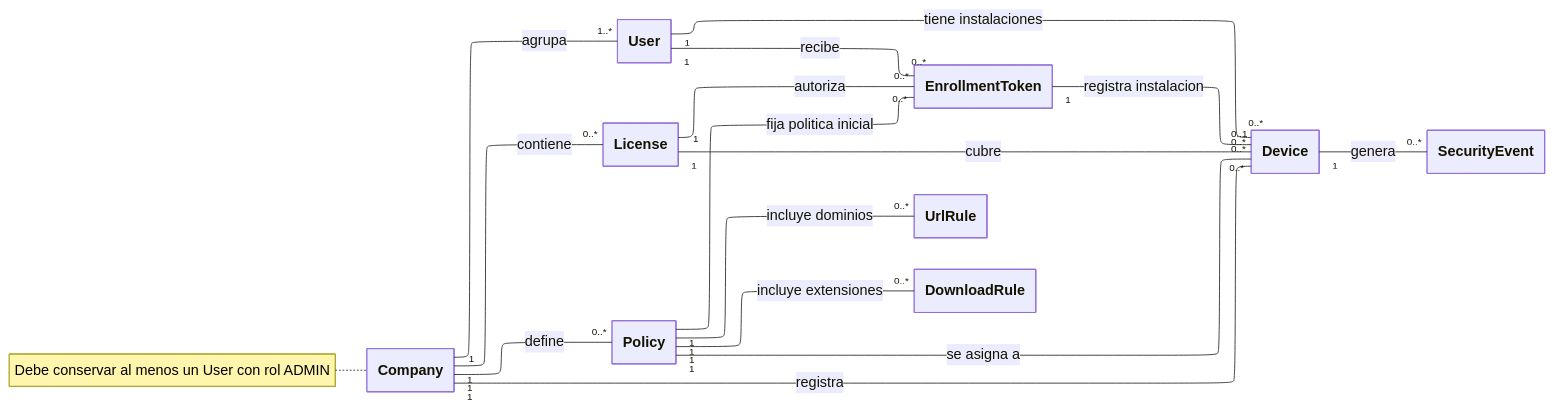
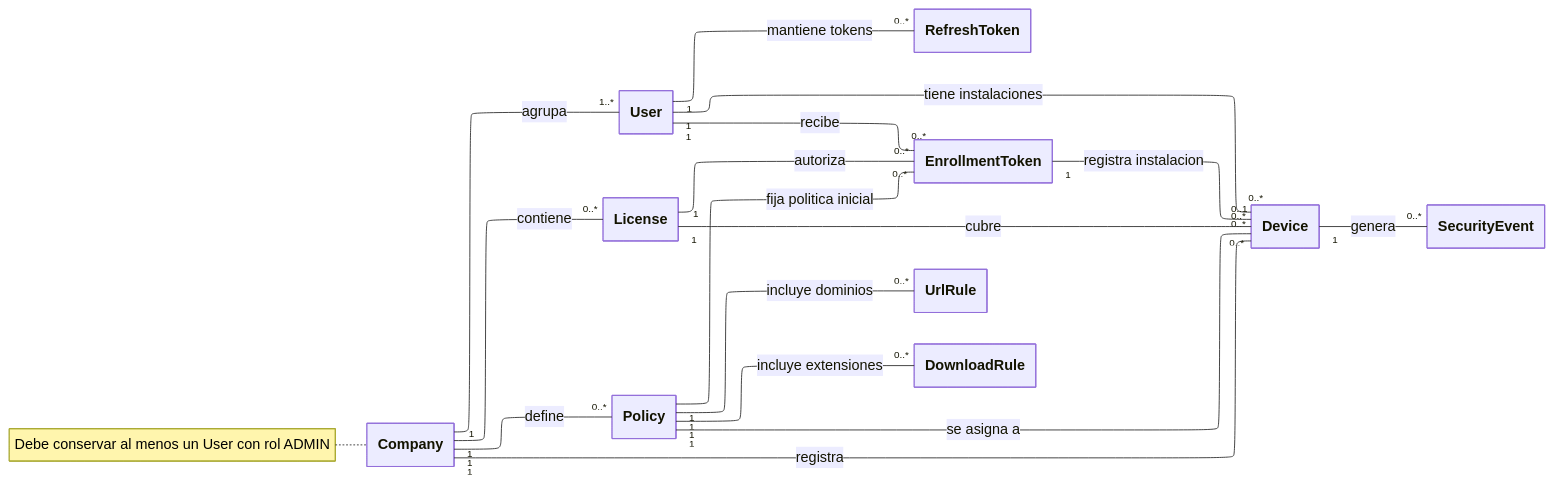
One commit to CristianPG1993/securebrowser-platform changed the diagram in diagrams/domain-model.mmd. Above: the diagram before and after it, drawn with Mermaid. The commit also changed 6 other files, not shown here.

Commit message:
docs: define JWT authentication and refresh token rotation (#14)

```diff
--- a/diagrams/domain-model.mmd
+++ b/diagrams/domain-model.mmd
@@ -1,43 +1,45 @@
 ---
 config:
   layout: elk
   elk:
     mergeEdges: false
   class:
     hideEmptyMembersBox: true
 ---
 
 classDiagram
     direction LR
 
     class Company
     class User
+    class RefreshToken
     class License
     class Policy
     class Device
     class EnrollmentToken
     class SecurityEvent
     class UrlRule
     class DownloadRule
 
     Company "1" -- "1..*" User : agrupa
     Company "1" -- "0..*" License : contiene
     Company "1" -- "0..*" Policy : define
     Company "1" -- "0..*" Device : registra
 
     User "1" -- "0..*" Device : tiene instalaciones
+    User "1" -- "0..*" RefreshToken : mantiene tokens
     License "1" -- "0..*" Device : cubre
     Policy "1" -- "0..*" Device : se asigna a
 
     User "1" -- "0..*" EnrollmentToken : recibe
     License "1" -- "0..*" EnrollmentToken : autoriza
 
     Policy "1" -- "0..*" EnrollmentToken : fija politica inicial
     EnrollmentToken "1" -- "0..1" Device : registra instalacion
 
     Device "1" -- "0..*" SecurityEvent : genera
 
     Policy "1" -- "0..*" UrlRule : incluye dominios
     Policy "1" -- "0..*" DownloadRule : incluye extensiones
 
     note for Company "Debe conservar al menos un User con rol ADMIN"
```
